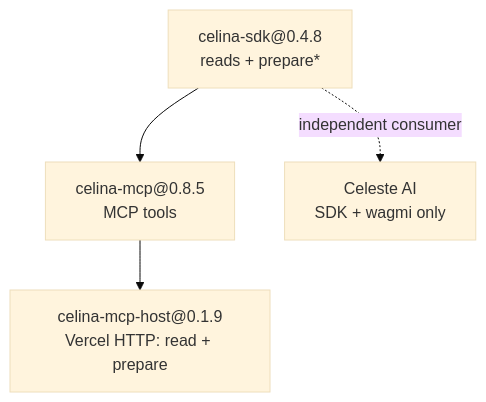
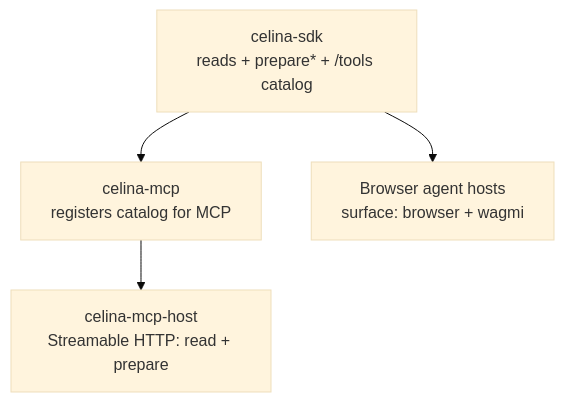
The diagram in docs/README.md (andrewkimjoseph/celina-sdk), drawn with Mermaid (base theme) before and after one commit. The commit also changed other lines of this file and 3 other files, not shown here.

First line of the commit message:
docs: align intro and guides with shared tool catalog architecture.

````diff
--- a/docs/README.md
+++ b/docs/README.md
@@ -13,11 +13,11 @@
 ```mermaid
 flowchart TB
-  sdk["celina-sdk@0.4.8<br/>reads + prepare*"]
-  mcp["celina-mcp@0.8.5<br/>MCP tools"]
-  host["celina-mcp-host@0.1.9<br/>Vercel HTTP: read + prepare"]
-  celeste["Celeste AI<br/>SDK + wagmi only"]
+  sdk["celina-sdk<br/>reads + prepare* + /tools catalog"]
+  mcp["celina-mcp<br/>registers catalog for MCP"]
+  host["celina-mcp-host<br/>Streamable HTTP: read + prepare"]
+  browser["Browser agent hosts<br/>surface: browser + wagmi"]
 
   sdk --> mcp
   mcp --> host
-  sdk -.->|independent consumer| celeste
+  sdk --> browser
 ```
````
